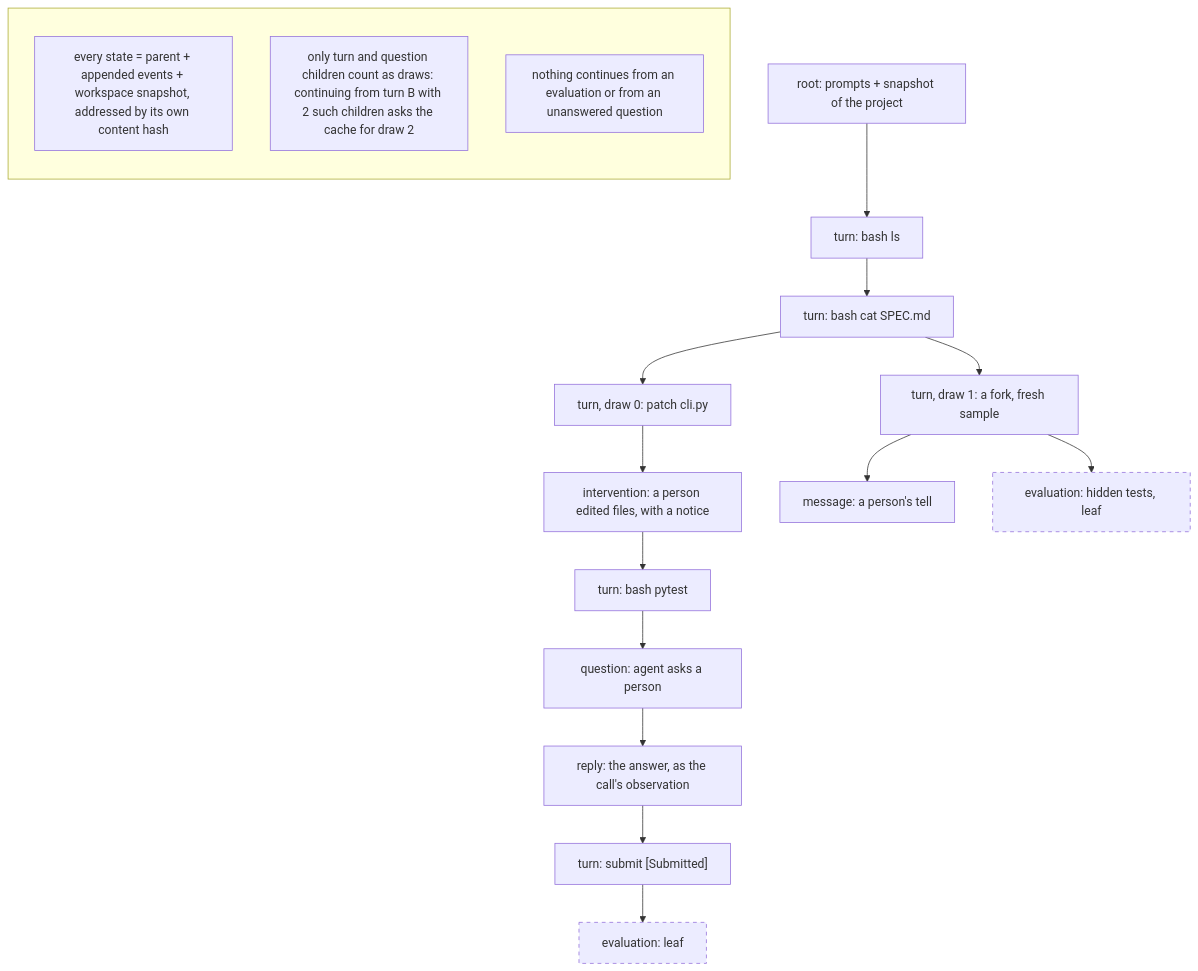
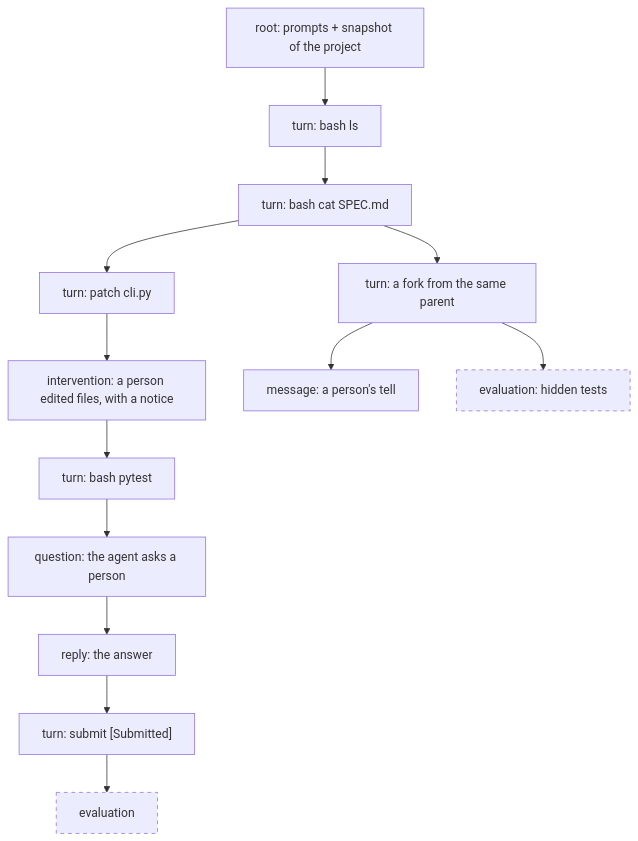
Before and after one commit to mechtaev/alaya: the second of 3 diagrams in docs/trajectory-schema.md, drawn with Mermaid. The commit also changed other lines of this file and 10 other files, not shown here.

First line of the commit message:
One schema, no git, no benchmark tool

````diff
--- a/docs/trajectory-schema.md
+++ b/docs/trajectory-schema.md
@@ -33,34 +71,27 @@
 ```mermaid
 flowchart TD
   root["root: prompts + snapshot of the project"]
   turnA["turn: bash ls"]
   turnB["turn: bash cat SPEC.md"]
-  turnC["turn, draw 0: patch cli.py"]
-  turnD["turn, draw 1: a fork, fresh sample"]
+  turnC["turn: patch cli.py"]
+  turnD["turn: a fork from the same parent"]
   intE["intervention: a person edited files, with a notice"]
   turnF["turn: bash pytest"]
   msgG["message: a person's tell"]
-  evalH["evaluation: hidden tests, leaf"]
-  qI["question: agent asks a person"]
-  replyJ["reply: the answer, as the call's observation"]
+  evalH["evaluation: hidden tests"]
+  qI["question: the agent asks a person"]
+  replyJ["reply: the answer"]
   turnK["turn: submit [Submitted]"]
-  evalL["evaluation: leaf"]
+  evalL["evaluation"]
 
   root --> turnA --> turnB
   turnB --> turnC
   turnB --> turnD
   turnC --> intE --> turnF
   turnD --> msgG
   turnD --> evalH
   turnF --> qI --> replyJ --> turnK --> evalL
 
   classDef evalStyle stroke-dasharray: 5 5
   class evalH,evalL evalStyle
-
-  subgraph Notes[" "]
-    direction TB
-    note1["every state = parent + appended events + workspace snapshot, addressed by its own content hash"]
-    note2["only turn and question children count as draws: continuing from turn B with 2 such children asks the cache for draw 2"]
-    note3["nothing continues from an evaluation or from an unanswered question"]
-  end
 ```
````
